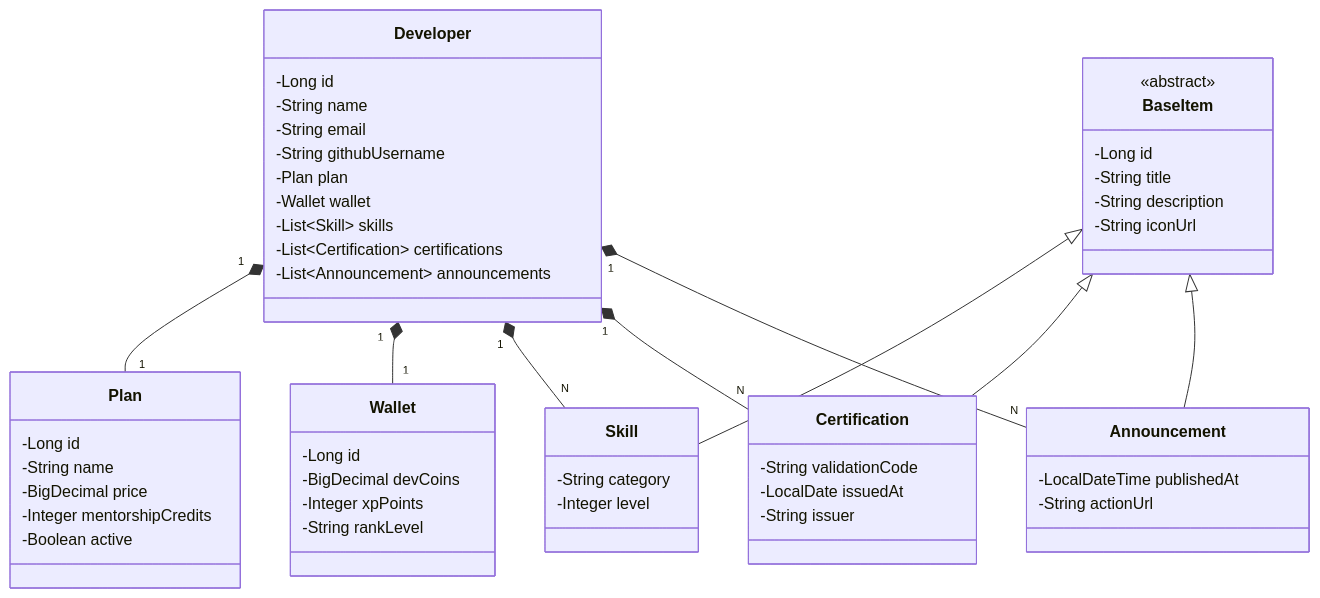
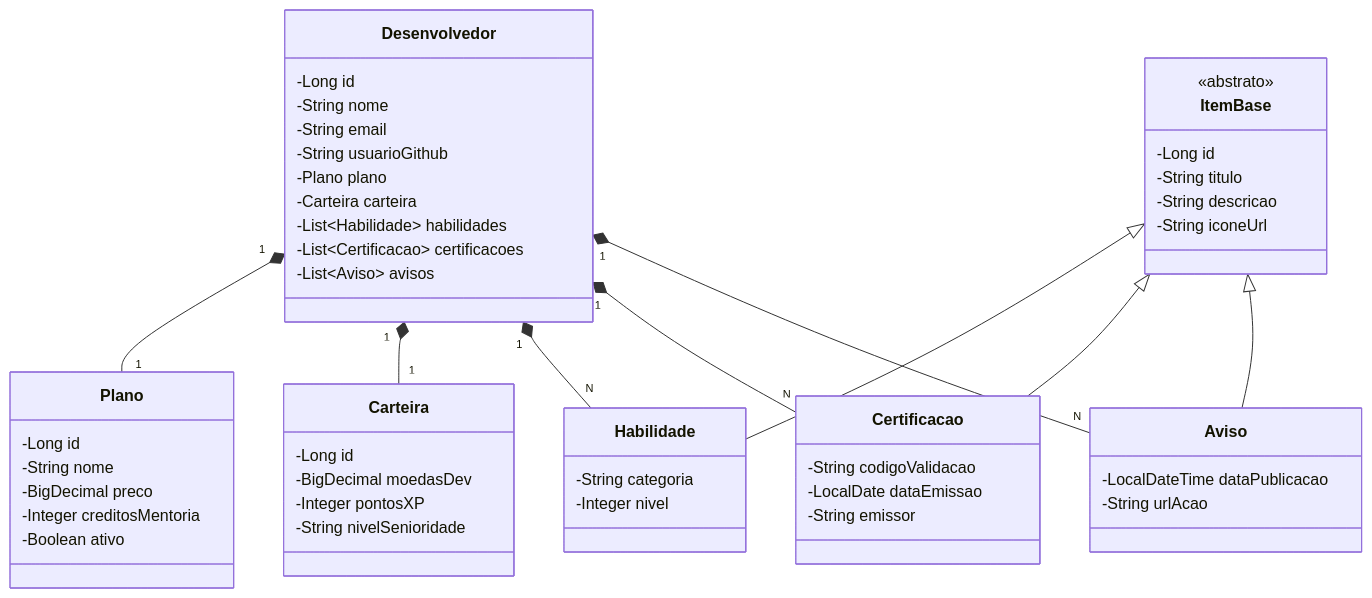
The diagram in README.md (Wendel-Vieira/devacademy-api), drawn with Mermaid before and after one commit.

Commit message:
Final version

````diff
--- a/README.md
+++ b/README.md
@@ -63,62 +63,62 @@
 ```mermaid
 classDiagram
-  class Developer {
+  class Desenvolvedor {
     -Long id
-    -String name
+    -String nome
     -String email
-    -String githubUsername
-    -Plan plan
-    -Wallet wallet
-    -List~Skill~ skills
-    -List~Certification~ certifications
-    -List~Announcement~ announcements
+    -String usuarioGithub
+    -Plano plano
+    -Carteira carteira
+    -List~Habilidade~ habilidades
+    -List~Certificacao~ certificacoes
+    -List~Aviso~ avisos
   }
 
-  class Plan {
+  class Plano {
     -Long id
-    -String name
-    -BigDecimal price
-    -Integer mentorshipCredits
-    -Boolean active
+    -String nome
+    -BigDecimal preco
+    -Integer creditosMentoria
+    -Boolean ativo
   }
 
-  class Wallet {
+  class Carteira {
     -Long id
-    -BigDecimal devCoins
-    -Integer xpPoints
-    -String rankLevel
+    -BigDecimal moedasDev
+    -Integer pontosXP
+    -String nivelSenioridade
   }
 
-  class BaseItem {
-    <<abstract>>
+  class ItemBase {
+    <<abstrato>>
     -Long id
-    -String title
-    -String description
-    -String iconUrl
+    -String titulo
+    -String descricao
+    -String iconeUrl
   }
 
-  class Skill {
-    -String category
-    -Integer level
+  class Habilidade {
+    -String categoria
+    -Integer nivel
   }
 
-  class Certification {
-    -String validationCode
-    -LocalDate issuedAt
-    -String issuer
+  class Certificacao {
+    -String codigoValidacao
+    -LocalDate dataEmissao
+    -String emissor
   }
 
-  class Announcement {
-    -LocalDateTime publishedAt
-    -String actionUrl
+  class Aviso {
+    -LocalDateTime dataPublicacao
+    -String urlAcao
   }
 
-  BaseItem <|-- Skill
-  BaseItem <|-- Certification
-  BaseItem <|-- Announcement
-  Developer "1" *-- "1" Plan
-  Developer "1" *-- "1" Wallet
-  Developer "1" *-- "N" Skill
-  Developer "1" *-- "N" Certification
-  Developer "1" *-- "N" Announcement
+  ItemBase <|-- Habilidade
+  ItemBase <|-- Certificacao
+  ItemBase <|-- Aviso
+  Desenvolvedor "1" *-- "1" Plano
+  Desenvolvedor "1" *-- "1" Carteira
+  Desenvolvedor "1" *-- "N" Habilidade
+  Desenvolvedor "1" *-- "N" Certificacao
+  Desenvolvedor "1" *-- "N" Aviso
 ```
````
